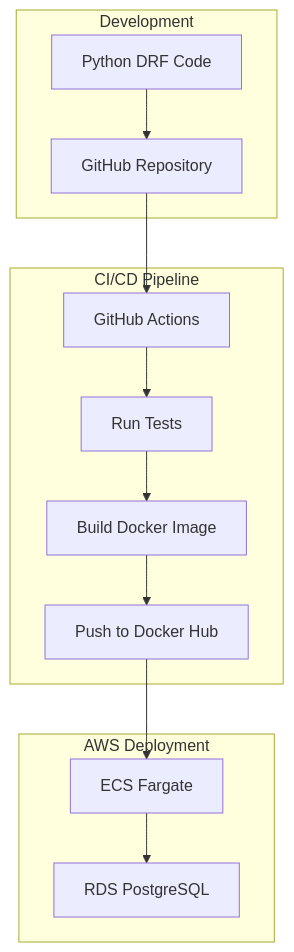
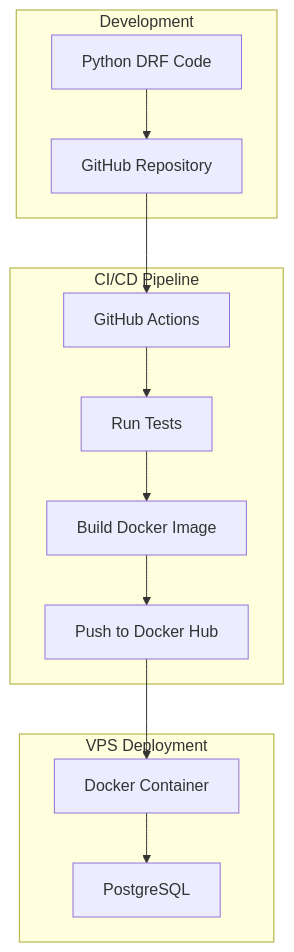
One commit to trungleviet-agilityio/backend-training changed the first of 2 diagrams in docker-practice/docs/architecture/high-level-architecture.md. Above: the diagram before and after it, drawn with Mermaid. The commit also changed other lines of this file and 7 other files, not shown here.

Commit message:
refactor: update GitHub Actions workflows for VPS deployment and architecture docs

````diff
--- a/docker-practice/docs/architecture/high-level-architecture.md
+++ b/docker-practice/docs/architecture/high-level-architecture.md
@@ -5,27 +5,27 @@
 ```mermaid
 graph TB
     subgraph "Development"
         CODE[Python DRF Code]
         GITHUB[GitHub Repository]
     end
 
     subgraph "CI/CD Pipeline"
         ACTIONS[GitHub Actions]
         TEST[Run Tests]
         BUILD[Build Docker Image]
         PUSH[Push to Docker Hub]
     end
 
-    subgraph "AWS Deployment"
-        ECS[ECS Fargate]
-        RDS[RDS PostgreSQL]
+    subgraph "VPS Deployment"
+        DOCKER[Docker Container]
+        POSTGRES[PostgreSQL]
     end
 
     CODE --> GITHUB
     GITHUB --> ACTIONS
     ACTIONS --> TEST
     TEST --> BUILD
     BUILD --> PUSH
-    PUSH --> ECS
-    ECS --> RDS
+    PUSH --> DOCKER
+    DOCKER --> POSTGRES
 ```
````
